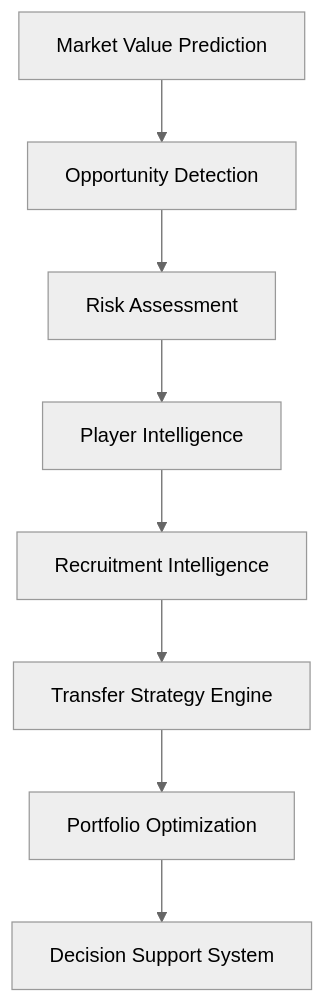
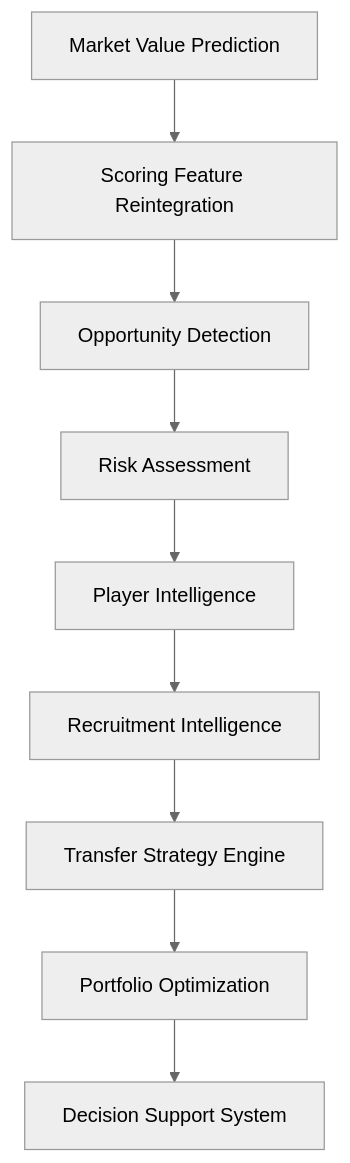
The first of 2 diagrams in README.md (manuelpeba/market-value-football-tfm), drawn with Mermaid (neutral theme) before and after one commit. The commit also changed other lines of this file and 5 other files, not shown here.

````diff
--- a/README.md
+++ b/README.md
@@ -334,18 +352,20 @@
 ```mermaid
 flowchart TD
 
 A[Market Value Prediction]
---> B[Opportunity Detection]
+--> B[Scoring Feature Reintegration]
 
-B --> C[Risk Assessment]
+B --> C[Opportunity Detection]
 
-C --> D[Player Intelligence]
+C --> D[Risk Assessment]
 
-D --> E[Recruitment Intelligence]
+D --> E[Player Intelligence]
 
-E --> F[Transfer Strategy Engine]
+E --> F[Recruitment Intelligence]
 
-F --> G[Portfolio Optimization]
+F --> G[Transfer Strategy Engine]
 
-G --> H[Decision Support System]
+G --> H[Portfolio Optimization]
+
+H --> I[Decision Support System]
 ```
````
